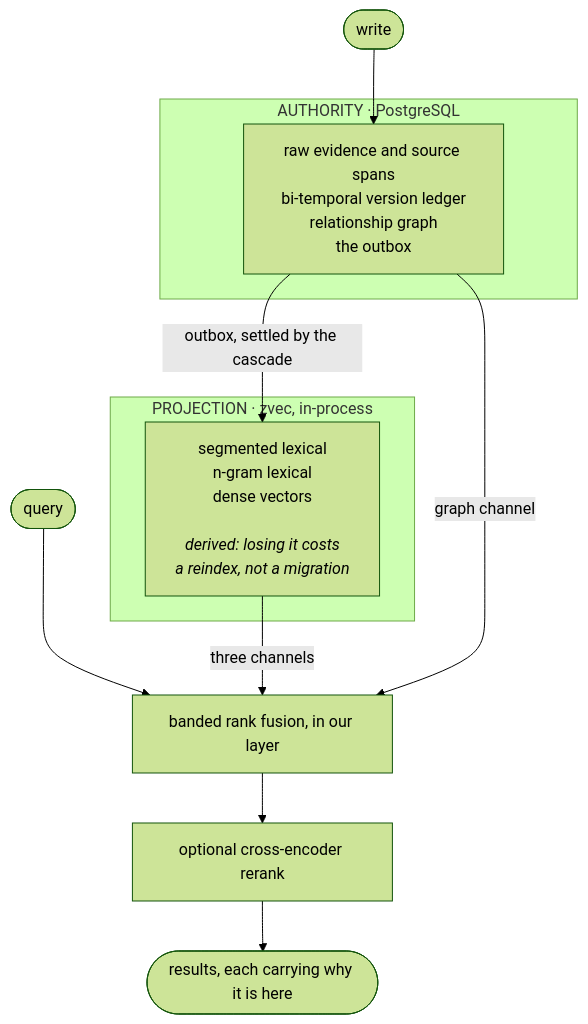
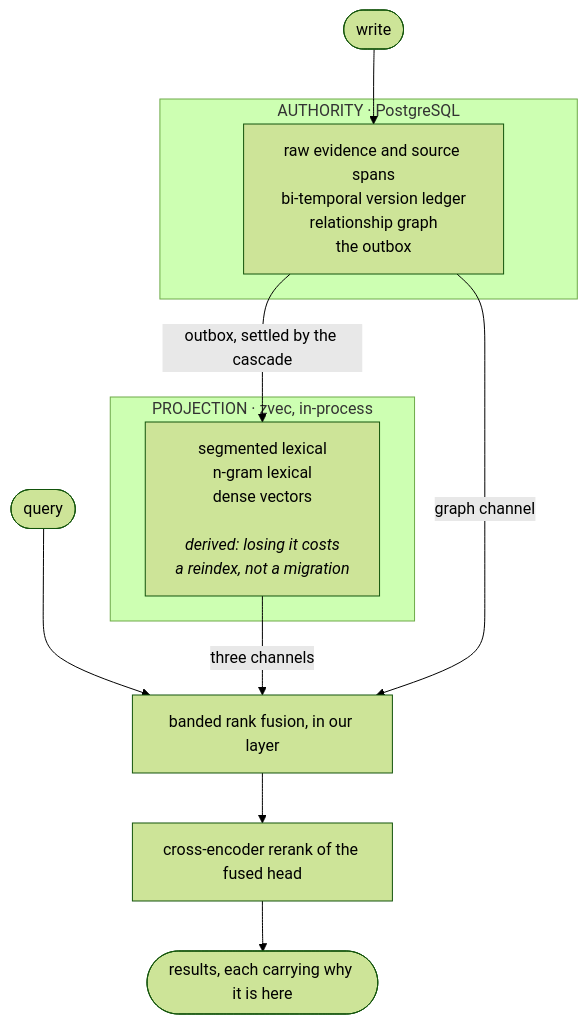
The diagram in docs/architecture.md (pamin-labs/PaminMemory), drawn with Mermaid (forest theme) before and after one commit.

Commit message:
docs(architecture): stop calling the rerank optional
The diagram labelled the cross-encoder stage an optional rerank, while the
same page says every search reranks. Optional stopped being true when the
off tier and --rerank were removed (e1caf99).

````diff
--- a/docs/architecture.md
+++ b/docs/architecture.md
@@ -8,20 +8,20 @@
 ```mermaid
 flowchart TD
     W([write]) --> A
     Q([query]) --> F
 
     subgraph AUTHORITY["AUTHORITY · PostgreSQL"]
         A["raw evidence and source spans<br/>bi-temporal version ledger<br/>relationship graph<br/>the outbox"]
     end
 
     subgraph PROJECTION["PROJECTION · zvec, in-process"]
         P["segmented lexical<br/>n-gram lexical<br/>dense vectors<br/><br/><i>derived: losing it costs<br/>a reindex, not a migration</i>"]
     end
 
     A -- "outbox, settled by the cascade" --> P
 
     P -- "three channels" --> F["banded rank fusion, in our layer"]
     A -- "graph channel" --> F
-    F --> R["optional cross-encoder rerank"]
+    F --> R["cross-encoder rerank of the fused head"]
     R --> O([results, each carrying why it is here])
 ```
````
